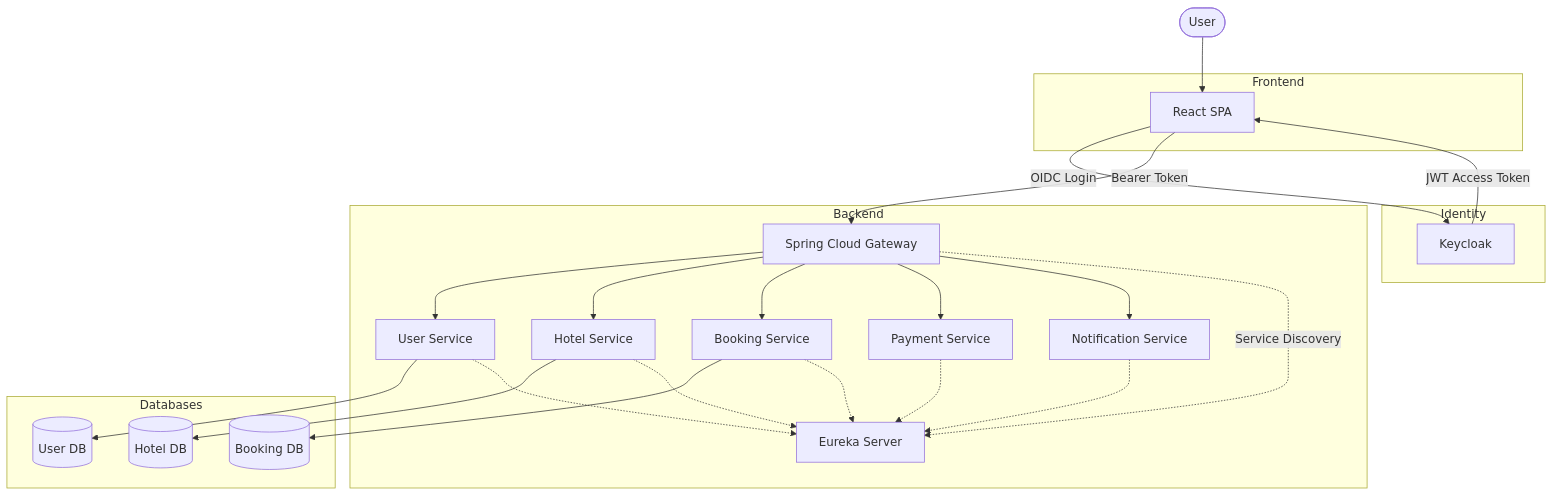
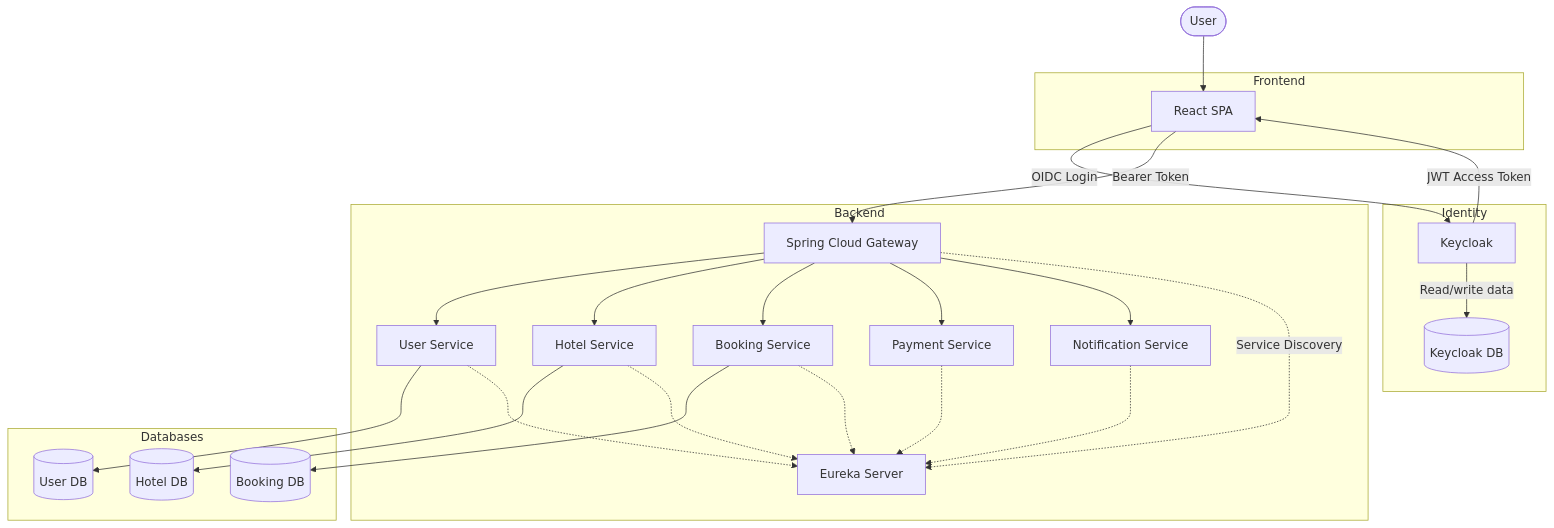
One commit to dqminh2411/hotel-booking-system changed the first of 7 diagrams in docs/keycloak_integration.md. Above: the diagram before and after it, drawn with Mermaid. The commit also changed 41 other files, not shown here.

````diff
--- a/docs/keycloak_integration.md
+++ b/docs/keycloak_integration.md
@@ -29,57 +29,60 @@
 ```mermaid
 flowchart TB
 
     User([User])
 
     subgraph Frontend
         React["React SPA"]
     end
 
     subgraph Identity
         KC["Keycloak"]
+        KCDB[("Keycloak DB")]
     end
 
     subgraph Backend
         GW["Spring Cloud Gateway"]
 
         Eureka["Eureka Server"]
 
         UserService["User Service"]
         HotelService["Hotel Service"]
         BookingService["Booking Service"]
         PaymentService["Payment Service"]
         NotificationService["Notification Service"]
     end
 
     subgraph Databases
         UserDB[(User DB)]
         HotelDB[(Hotel DB)]
         BookingDB[(Booking DB)]
     end
 
     User --> React
 
     React -->|OIDC Login| KC
 
     KC -->|JWT Access Token| React
 
+    KC -->|Read/write data| KCDB
+
     React -->|Bearer Token| GW
 
     GW --> UserService
     GW --> HotelService
     GW --> BookingService
     GW --> PaymentService
     GW --> NotificationService
 
     UserService --> UserDB
     HotelService --> HotelDB
     BookingService --> BookingDB
 
     GW -. Service Discovery .-> Eureka
 
     UserService -.-> Eureka
     HotelService -.-> Eureka
     BookingService -.-> Eureka
     PaymentService -.-> Eureka
     NotificationService -.-> Eureka
 ```
````
